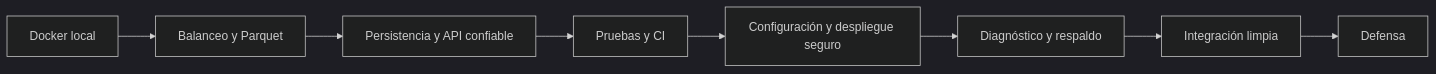
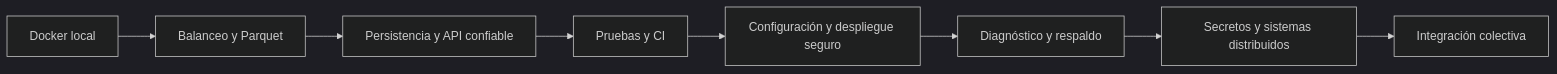
The second of 2 diagrams in docs/RUTA_CONTENEDORES.md (eshernan/informatica-i-arquitectura-ia), drawn with Mermaid (dark theme) before and after one commit. The commit also changed other lines of this file and 18 other files, not shown here.

Commit message:
Alinear el cierre del curso con la clase de sistemas distribuidos y el ejercicio colectivo

````diff
--- a/docs/RUTA_CONTENEDORES.md
+++ b/docs/RUTA_CONTENEDORES.md
@@ -42,10 +42,10 @@
 ```mermaid
 flowchart LR
   S9[Docker local] --> S10[Balanceo y Parquet]
   S10 --> S11[Persistencia y API confiable]
   S11 --> S12[Pruebas y CI]
   S12 --> S13[Configuración y despliegue seguro]
   S13 --> S14[Diagnóstico y respaldo]
-  S14 --> S15[Integración limpia]
-  S15 --> S16[Defensa]
+  S14 --> S15[Secretos y sistemas distribuidos]
+  S15 --> S16[Integración colectiva]
 ```
````
